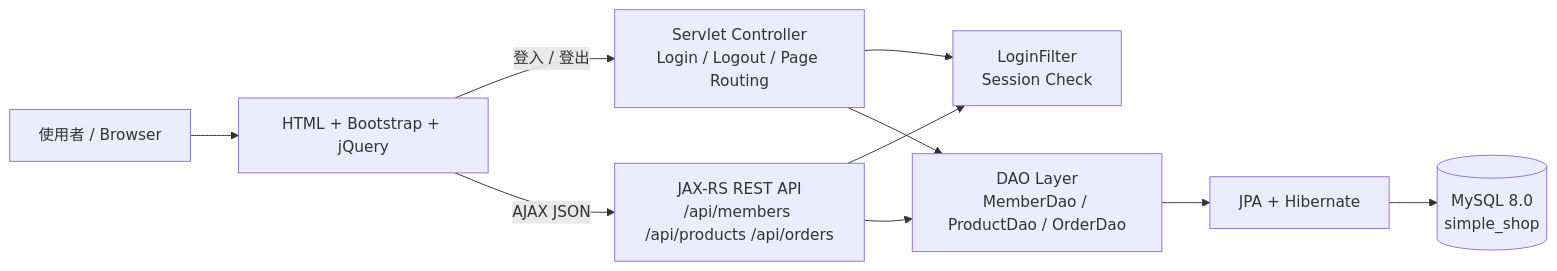
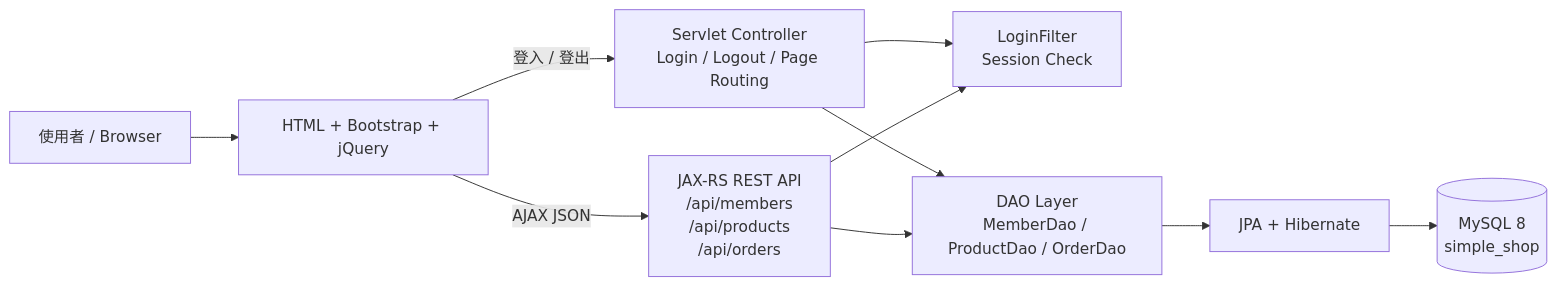
Before and after one commit to s717456/SimpleShop_MavenWebProject: the first of 8 diagrams in README.md, drawn with Mermaid. The commit also changed other lines of this file, not shown here.

````diff
--- a/README.md
+++ b/README.md
@@ -53,21 +67,21 @@
 ```mermaid
 flowchart LR
-    User[使用者 / Browser]
-    UI[HTML + Bootstrap + jQuery]
-    Servlet[Servlet Controller\nLogin / Logout / Page Routing]
-    Filter[LoginFilter\nSession Check]
-    API[JAX-RS REST API\n/api/members /api/products /api/orders]
-    DAO[DAO Layer\nMemberDao / ProductDao / OrderDao]
-    JPA[JPA + Hibernate]
-    DB[(MySQL 8.0\nsimple_shop)]
+    User["使用者 / Browser"]
+    View["HTML + Bootstrap + jQuery"]
+    Servlet["Servlet Controller<br/>Login / Logout / Page Routing"]
+    Filter["LoginFilter<br/>Session Check"]
+    API["JAX-RS REST API<br/>/api/members<br/>/api/products<br/>/api/orders"]
+    DAO["DAO Layer<br/>MemberDao / ProductDao / OrderDao"]
+    JPA["JPA + Hibernate"]
+    DB[("MySQL 8<br/>simple_shop")]
 
-    User --> UI
-    UI -->|登入 / 登出| Servlet
-    UI -->|AJAX JSON| API
+    User --> View
+    View -->|"登入 / 登出"| Servlet
+    View -->|"AJAX JSON"| API
     Servlet --> Filter
     API --> Filter
+    Servlet --> DAO
     API --> DAO
-    Servlet --> DAO
     DAO --> JPA
     JPA --> DB
 ```
````
